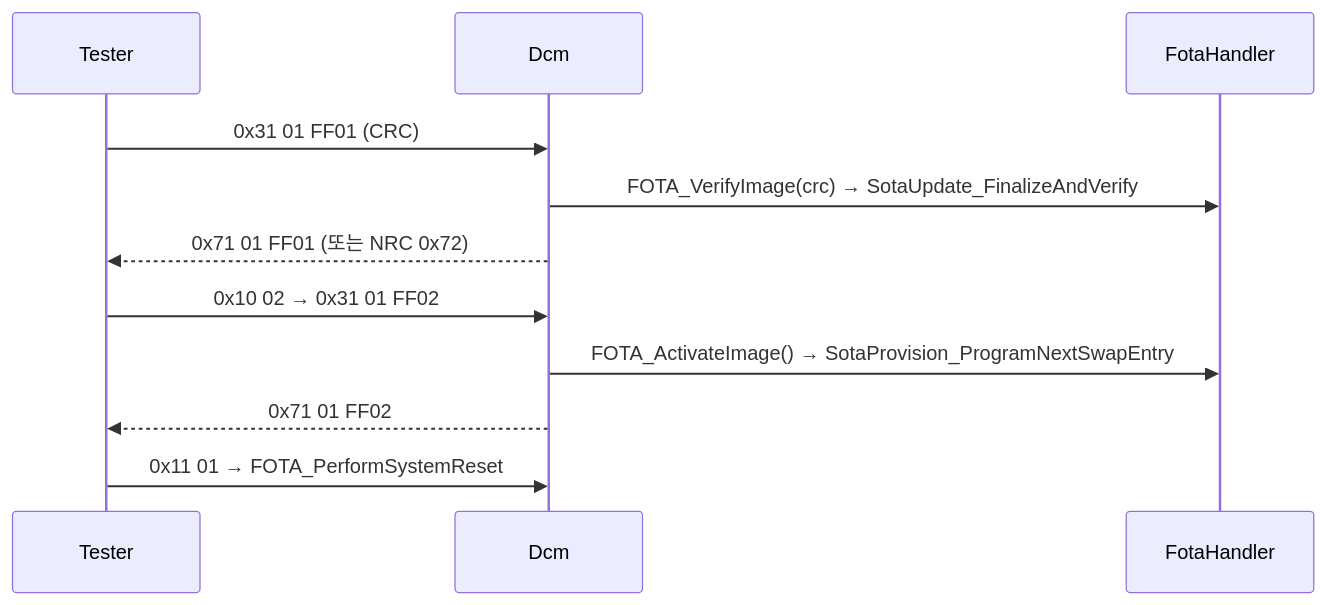
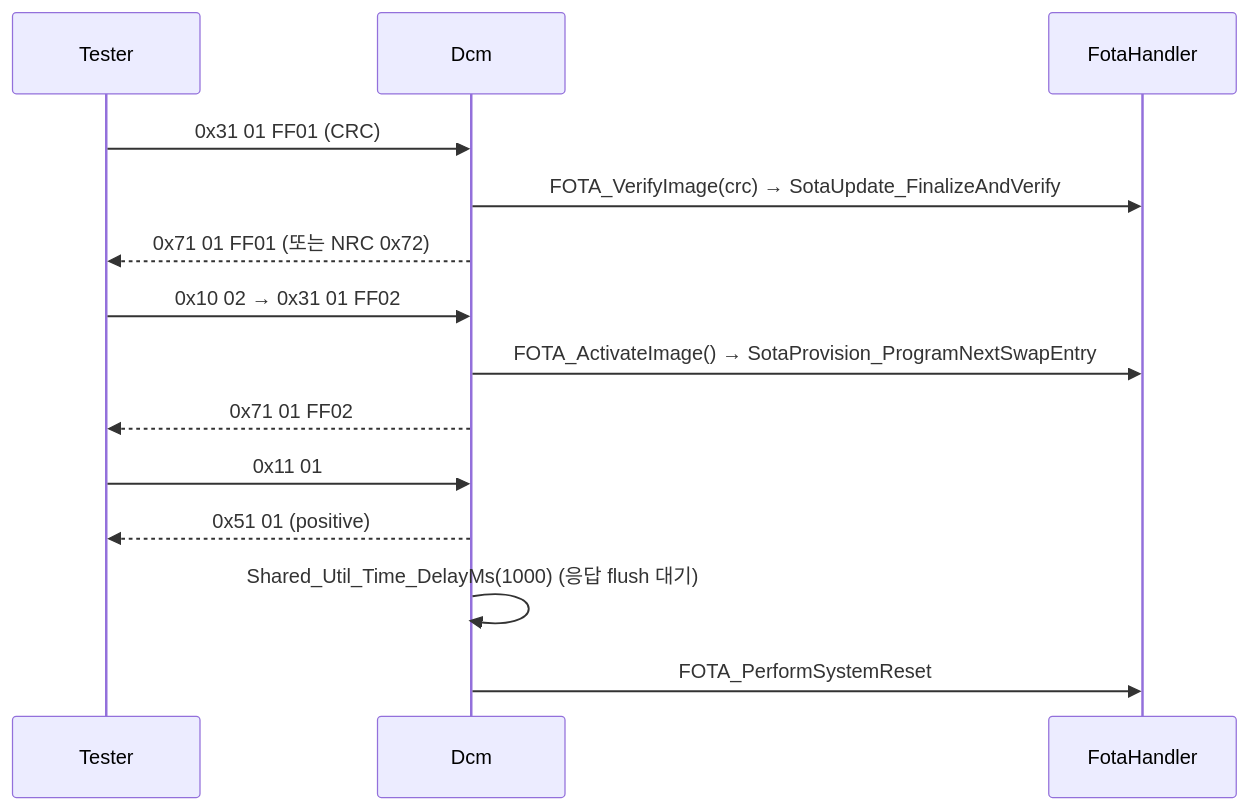
Before and after one commit to kdt-fibonacci/fota-reprogramming: the fourth of 5 diagrams in docs/14_dcm_diagnostic_services.md, drawn with Mermaid. The commit also changed other lines of this file and 5 other files, not shown here.

````diff
--- a/docs/14_dcm_diagnostic_services.md
+++ b/docs/14_dcm_diagnostic_services.md
@@ -116,13 +116,16 @@
 ```mermaid
 sequenceDiagram
     participant T as Tester
     participant DC as Dcm
     participant FH as FotaHandler
     T->>DC: 0x31 01 FF01 (CRC)
     DC->>FH: FOTA_VerifyImage(crc) → SotaUpdate_FinalizeAndVerify
     DC-->>T: 0x71 01 FF01 (또는 NRC 0x72)
     T->>DC: 0x10 02 → 0x31 01 FF02
     DC->>FH: FOTA_ActivateImage() → SotaProvision_ProgramNextSwapEntry
     DC-->>T: 0x71 01 FF02
-    T->>DC: 0x11 01 → FOTA_PerformSystemReset
+    T->>DC: 0x11 01
+    DC-->>T: 0x51 01 (positive)
+    DC->>DC: Shared_Util_Time_DelayMs(1000) (응답 flush 대기)
+    DC->>FH: FOTA_PerformSystemReset
 ```
````
